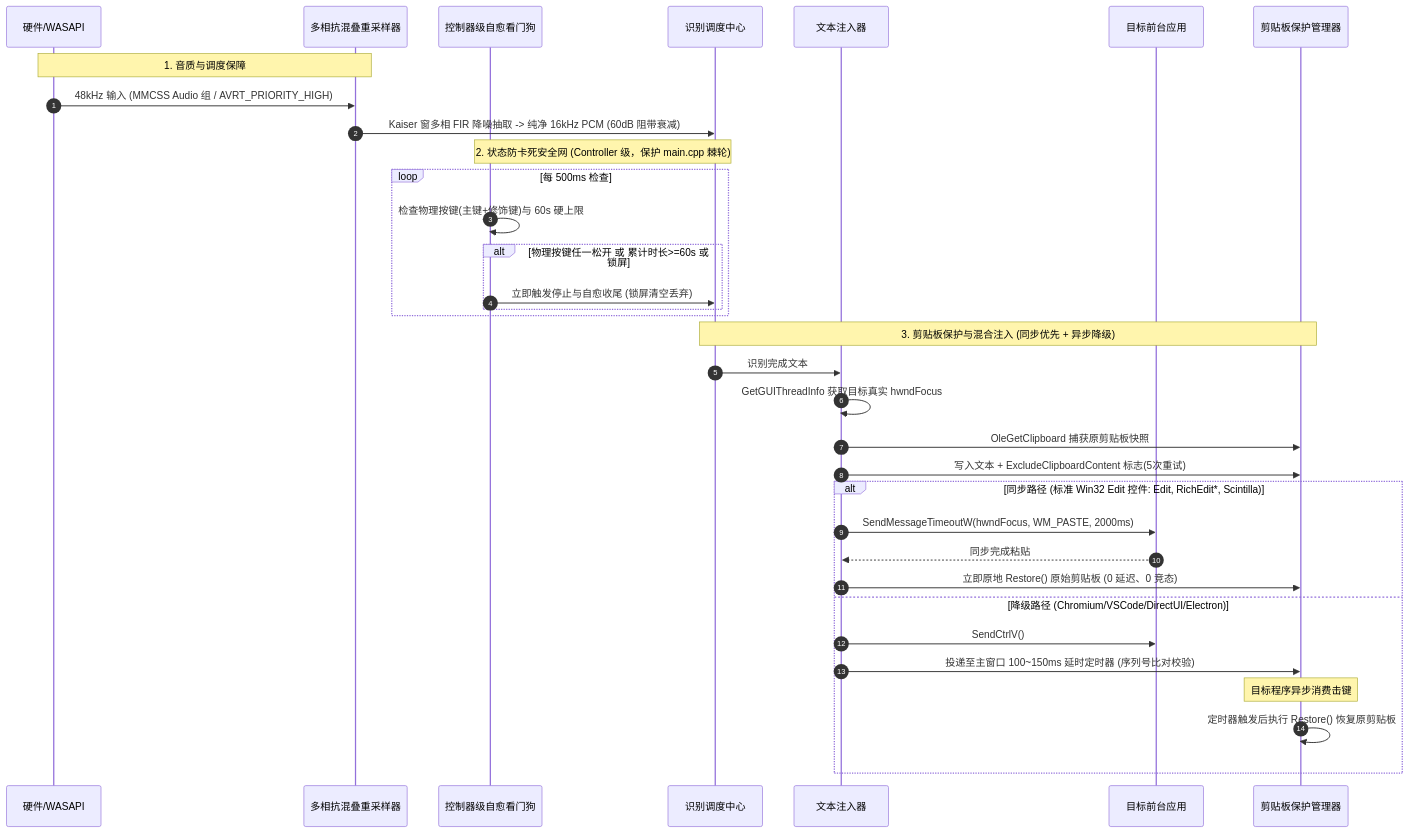
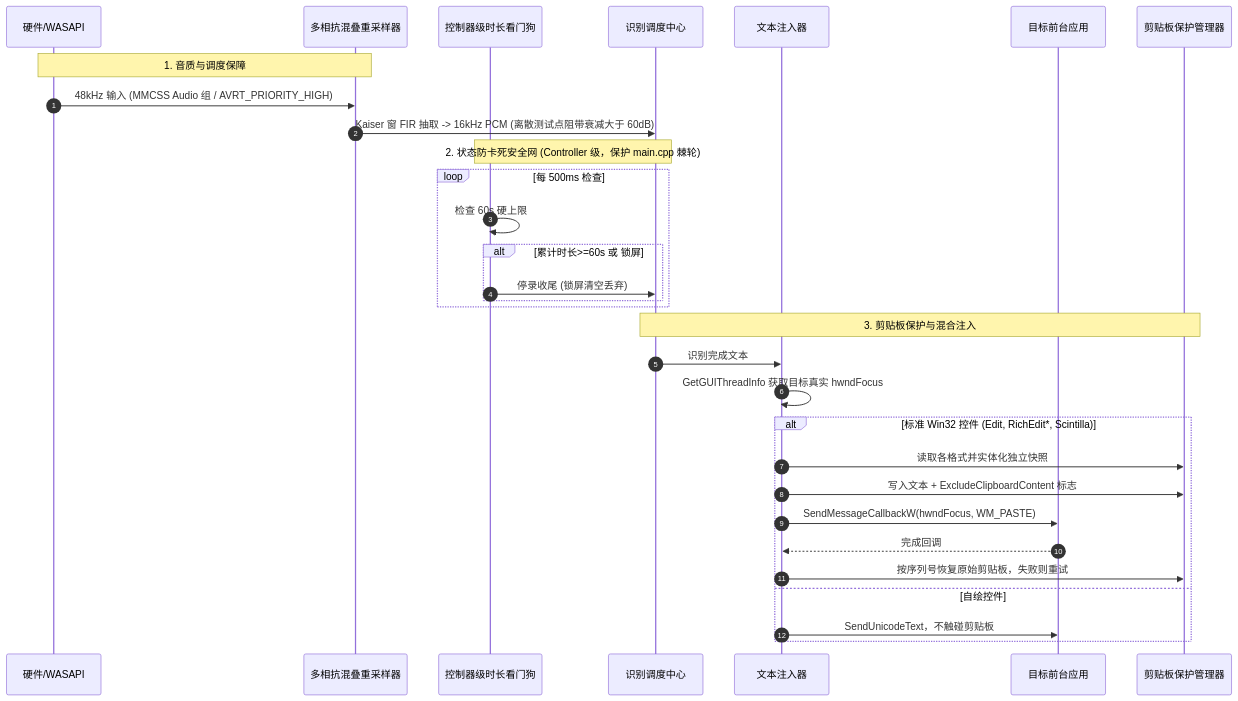
One commit to melody0709/VoxType changed the diagram in .plan/feat/system-architecture-audit-and-quality-optimization-plan.md. Above: the diagram before and after it, drawn with Mermaid. The commit also changed other lines of this file and 32 other files, not shown here.

````diff
--- a/.plan/feat/system-architecture-audit-and-quality-optimization-plan.md
+++ b/.plan/feat/system-architecture-audit-and-quality-optimization-plan.md
@@ -137,40 +164,36 @@
 ```mermaid
 sequenceDiagram
     autonumber
     participant HW as 硬件/WASAPI
     participant RS as 多相抗混叠重采样器
-    participant WD as 控制器级自愈看门狗
+    participant WD as 控制器级时长看门狗
     participant ASR as 识别调度中心
     participant TI as 文本注入器
     participant TGT as 目标前台应用
     participant CB as 剪贴板保护管理器
 
     Note over HW,RS: 1. 音质与调度保障
     HW->>RS: 48kHz 输入 (MMCSS Audio 组 / AVRT_PRIORITY_HIGH)
-    RS->>ASR: Kaiser 窗多相 FIR 降噪抽取 -> 纯净 16kHz PCM (60dB 阻带衰减)
+    RS->>ASR: Kaiser 窗 FIR 抽取 -> 16kHz PCM (离散测试点阻带衰减大于 60dB)
 
     Note over WD,ASR: 2. 状态防卡死安全网 (Controller 级，保护 main.cpp 棘轮)
     loop 每 500ms 检查
-        WD->>WD: 检查物理按键(主键+修饰键)与 60s 硬上限
-        alt 物理按键任一松开 或 累计时长>=60s 或 锁屏
-            WD->>ASR: 立即触发停止与自愈收尾 (锁屏清空丢弃)
+        WD->>WD: 检查 60s 硬上限
+        alt 累计时长>=60s 或 锁屏
+            WD->>ASR: 停录收尾 (锁屏清空丢弃)
         end
     end
 
-    Note over ASR,CB: 3. 剪贴板保护与混合注入 (同步优先 + 异步降级)
+    Note over ASR,CB: 3. 剪贴板保护与混合注入
     ASR->>TI: 识别完成文本
     TI->>TI: GetGUIThreadInfo 获取目标真实 hwndFocus
-    TI->>CB: OleGetClipboard 捕获原剪贴板快照
-    TI->>CB: 写入文本 + ExcludeClipboardContent 标志(5次重试)
-    
-    alt 同步路径 (标准 Win32 Edit 控件: Edit, RichEdit*, Scintilla)
-        TI->>TGT: SendMessageTimeoutW(hwndFocus, WM_PASTE, 2000ms)
-        TGT-->>TI: 同步完成粘贴
-        TI->>CB: 立即原地 Restore() 原始剪贴板 (0 延迟、0 竞态)
-    else 降级路径 (Chromium/VSCode/DirectUI/Electron)
-        TI->>TGT: SendCtrlV()
-        TI->>CB: 投递至主窗口 100~150ms 延时定时器 (序列号比对校验)
-        Note over CB: 目标程序异步消费击键
-        CB->>CB: 定时器触发后执行 Restore() 恢复原剪贴板
+    alt 标准 Win32 控件 (Edit, RichEdit*, Scintilla)
+        TI->>CB: 读取各格式并实体化独立快照
+        TI->>CB: 写入文本 + ExcludeClipboardContent 标志
+        TI->>TGT: SendMessageCallbackW(hwndFocus, WM_PASTE)
+        TGT-->>TI: 完成回调
+        TI->>CB: 按序列号恢复原始剪贴板，失败则重试
+    else 自绘控件
+        TI->>TGT: SendUnicodeText，不触碰剪贴板
     end
 ```
````
